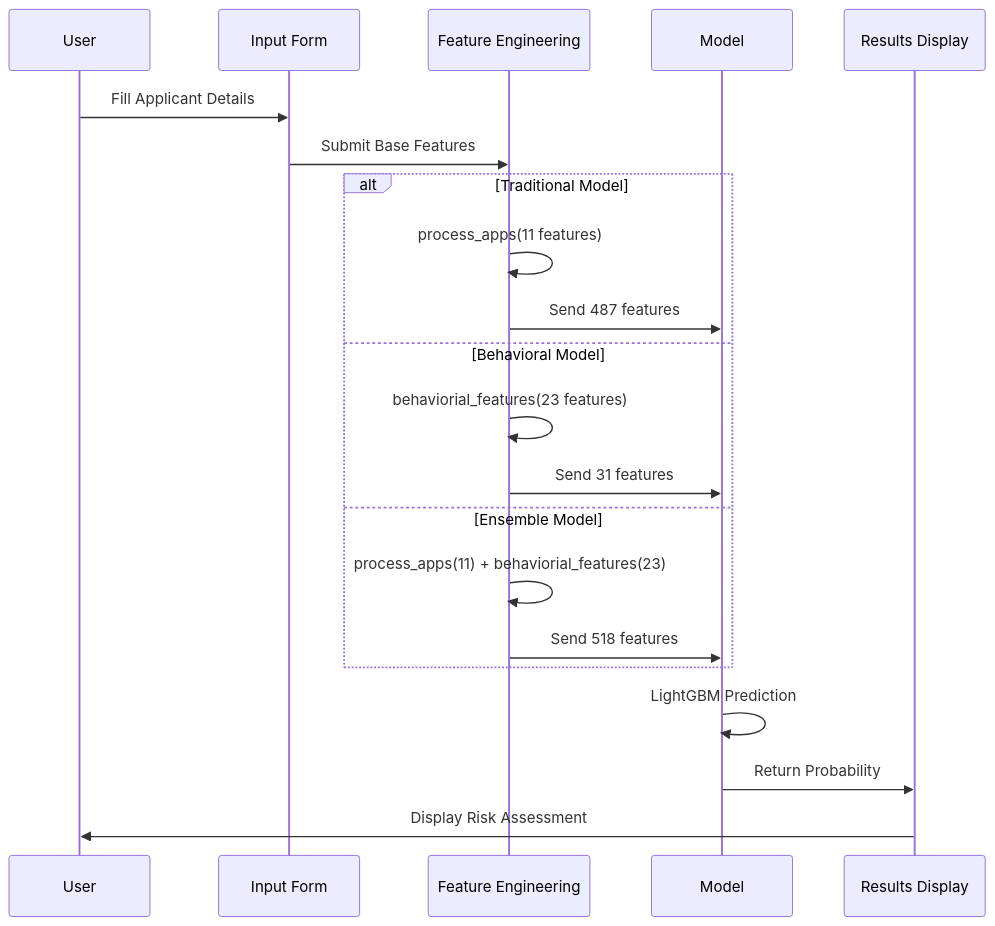
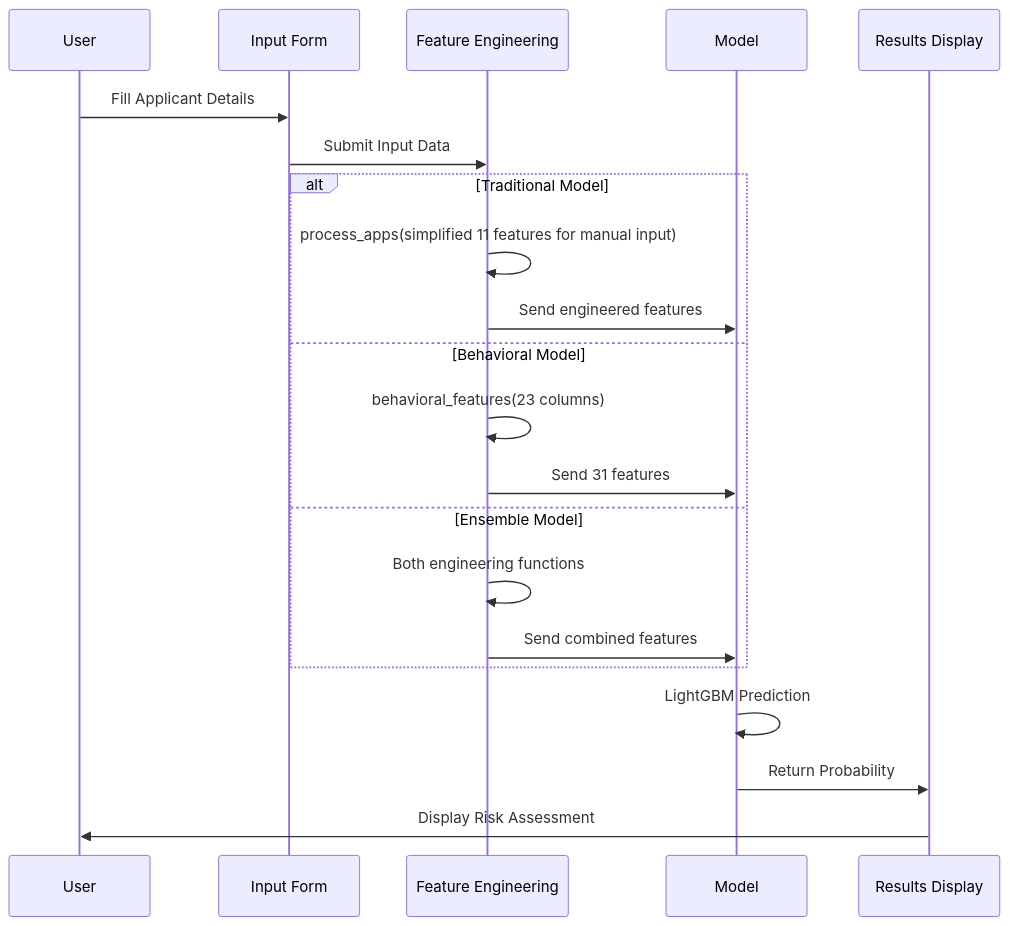
Before and after one commit to walterzenia/A-smart-Loan-default-hybrid-system: the seventh of 22 diagrams in MODEL_ARCHITECTURE_FLOWCHART.md, drawn with Mermaid. The commit also changed other lines of this file and 14 other files, not shown here.

Commit message:
Add ROC curves with exact test data, remove ID columns from training, clean up Model Metrics UI

````diff
--- a/MODEL_ARCHITECTURE_FLOWCHART.md
+++ b/MODEL_ARCHITECTURE_FLOWCHART.md
@@ -215,26 +216,26 @@
 ```mermaid
 sequenceDiagram
     participant U as User
     participant F as Input Form
     participant FE as Feature Engineering
     participant M as Model
     participant R as Results Display
 
     U->>F: Fill Applicant Details
-    F->>FE: Submit Base Features
+    F->>FE: Submit Input Data
 
     alt Traditional Model
-        FE->>FE: process_apps(11 features)
-        FE->>M: Send 487 features
+        FE->>FE: process_apps(simplified 11 features for manual input)
+        FE->>M: Send engineered features
     else Behavioral Model
-        FE->>FE: behaviorial_features(23 features)
+        FE->>FE: behavioral_features(23 columns)
         FE->>M: Send 31 features
     else Ensemble Model
-        FE->>FE: process_apps(11) + behaviorial_features(23)
-        FE->>M: Send 518 features
+        FE->>FE: Both engineering functions
+        FE->>M: Send combined features
     end
 
     M->>M: LightGBM Prediction
     M->>R: Return Probability
     R->>U: Display Risk Assessment
 ```
````
